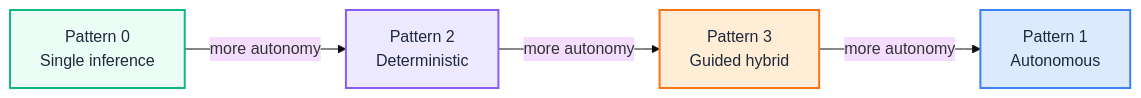
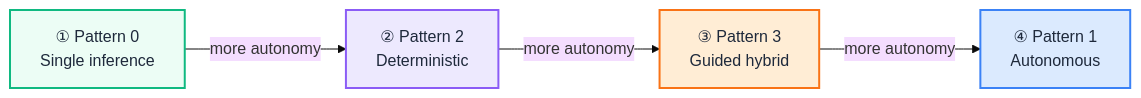
The first of 8 diagrams in docs/insights/2026-08-05-enterprise-ai-workflow-patterns-autonomy-vs-control/enterprise-ai-workflow-patterns-autonomy-vs-control.mdx (iamsharmajitender/gain), drawn with Mermaid (base theme) before and after one commit. The commit also changed other lines of this file and 201 other files, not shown here.

````diff
--- a/docs/insights/2026-08-05-enterprise-ai-workflow-patterns-autonomy-vs-control/enterprise-ai-workflow-patterns-autonomy-vs-control.mdx
+++ b/docs/insights/2026-08-05-enterprise-ai-workflow-patterns-autonomy-vs-control/enterprise-ai-workflow-patterns-autonomy-vs-control.mdx
@@ -52,21 +54,21 @@
 ```mermaid
 flowchart LR
-    P0["Pattern 0<br/>Single inference"]
-    P2["Pattern 2<br/>Deterministic"]
-    P3["Pattern 3<br/>Guided hybrid"]
-    P1["Pattern 1<br/>Autonomous"]
+    P0["① Pattern 0<br/>Single inference"]
+    P2["② Pattern 2<br/>Deterministic"]
+    P3["③ Pattern 3<br/>Guided hybrid"]
+    P1["④ Pattern 1<br/>Autonomous"]
 
     P0 -->|"more autonomy"| P2
     P2 -->|"more autonomy"| P3
     P3 -->|"more autonomy"| P1
 
     classDef oneshot fill:#ecfdf5,stroke:#10b981,color:#1e293b,stroke-width:2px
     classDef fixed fill:#ede9fe,stroke:#8b5cf6,color:#1e293b,stroke-width:2px
     classDef hybrid fill:#ffedd5,stroke:#f97316,color:#1e293b,stroke-width:2px
     classDef flex fill:#dbeafe,stroke:#3b82f6,color:#1e293b,stroke-width:2px
 
     class P0 oneshot
     class P2 fixed
     class P3 hybrid
     class P1 flex
 ```
````
